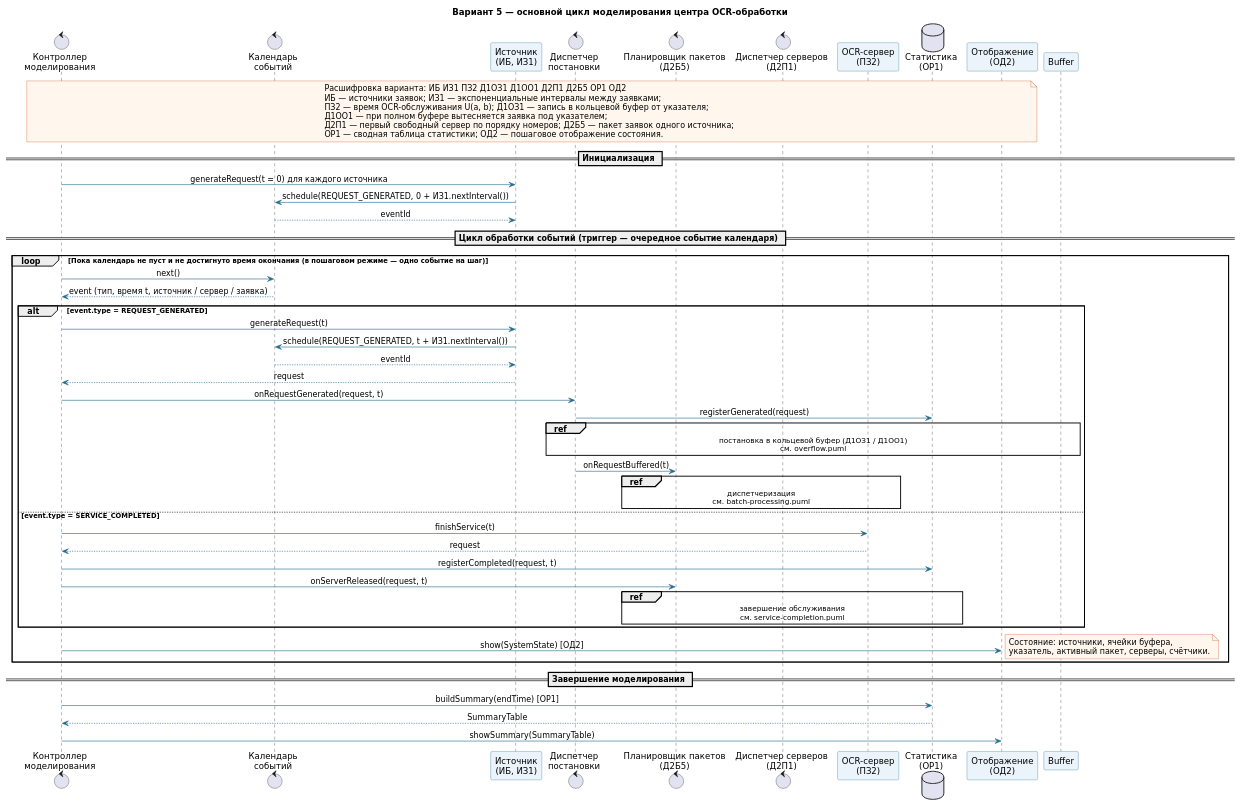
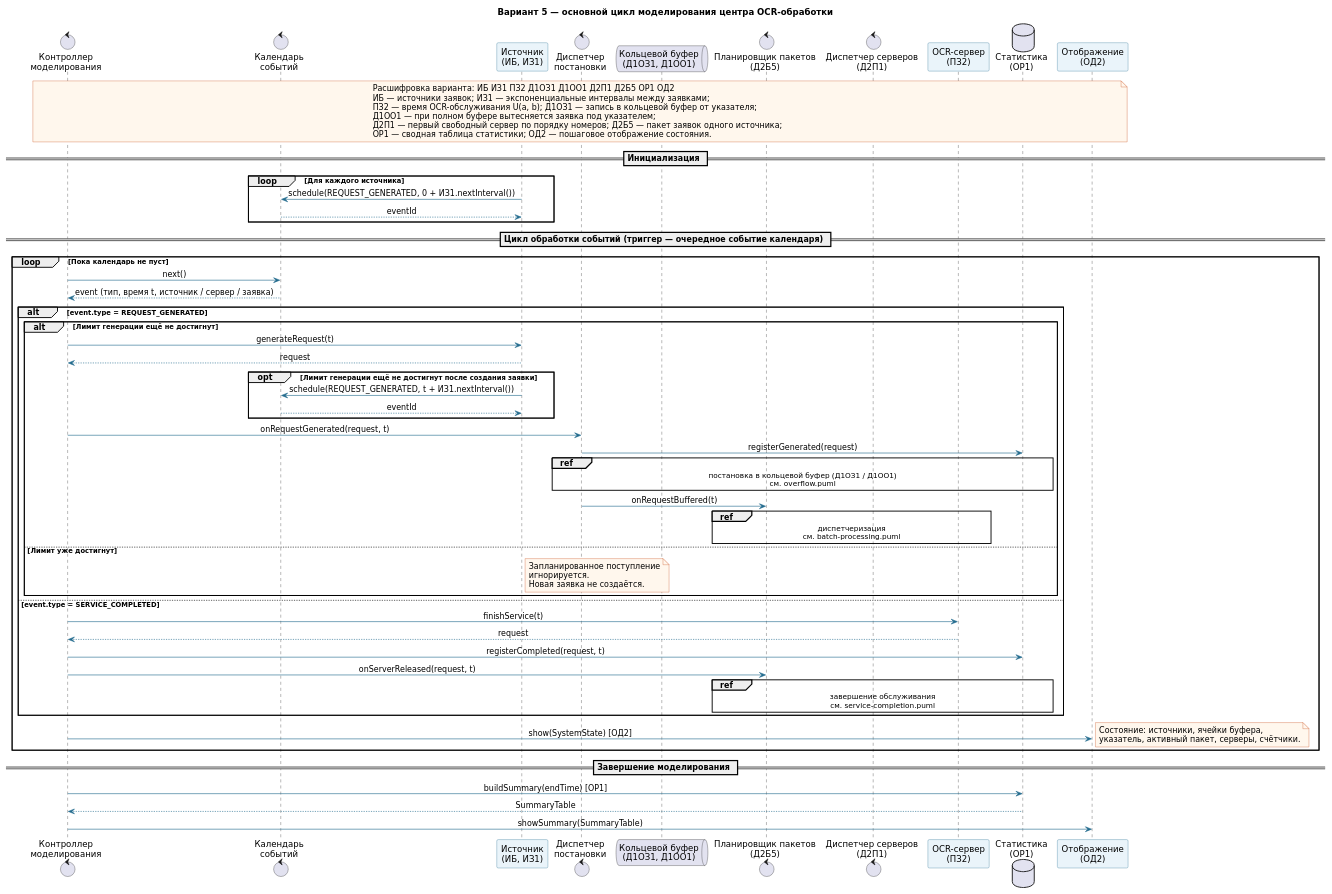
The diagram in smo-ocr-variant-5/diagrams/sequence/main-flow.puml (xanaoxx/smo-ocr-variant-5), drawn with PlantUML before and after one commit.

```diff
--- a/smo-ocr-variant-5/diagrams/sequence/main-flow.puml
+++ b/smo-ocr-variant-5/diagrams/sequence/main-flow.puml
@@ -1,70 +1,86 @@
 @startuml
 skinparam backgroundColor white
 skinparam shadowing false
 skinparam defaultFontName DejaVu Sans
 skinparam sequenceMessageAlign center
 skinparam ArrowColor #236B8E
 skinparam ParticipantBorderColor #236B8E
 skinparam ParticipantBackgroundColor #EAF4FA
 skinparam NoteBackgroundColor #FFF7ED
 skinparam NoteBorderColor #C2410C
 
 title Вариант 5 — основной цикл моделирования центра OCR-обработки
 
 control "Контроллер\nмоделирования" as Controller
 control "Календарь\nсобытий" as Calendar
 participant "Источник\n(ИБ, ИЗ1)" as Source
 control "Диспетчер\nпостановки" as Placement
+queue "Кольцевой буфер\n(Д1ОЗ1, Д1ОО1)" as Buffer
 control "Планировщик пакетов\n(Д2Б5)" as Batch
 control "Диспетчер серверов\n(Д2П1)" as ServerDispatch
 participant "OCR-сервер\n(ПЗ2)" as Worker
 database "Статистика\n(ОР1)" as Stats
 participant "Отображение\n(ОД2)" as View
 
 note over Controller, View
 Расшифровка варианта: ИБ ИЗ1 ПЗ2 Д1ОЗ1 Д1ОО1 Д2П1 Д2Б5 ОР1 ОД2
 ИБ — источники заявок; ИЗ1 — экспоненциальные интервалы между заявками;
 ПЗ2 — время OCR-обслуживания U(a, b); Д1ОЗ1 — запись в кольцевой буфер от указателя;
 Д1ОО1 — при полном буфере вытесняется заявка под указателем;
 Д2П1 — первый свободный сервер по порядку номеров; Д2Б5 — пакет заявок одного источника;
 ОР1 — сводная таблица статистики; ОД2 — пошаговое отображение состояния.
 end note
 
 == Инициализация ==
-Controller -> Source: generateRequest(t = 0) для каждого источника
-Source -> Calendar: schedule(REQUEST_GENERATED, 0 + ИЗ1.nextInterval())
-Calendar --> Source: eventId
+loop Для каждого источника
+  Source -> Calendar: schedule(REQUEST_GENERATED, 0 + ИЗ1.nextInterval())
+  Calendar --> Source: eventId
+end
 
 == Цикл обработки событий (триггер — очередное событие календаря) ==
-loop Пока календарь не пуст и не достигнуто время окончания (в пошаговом режиме — одно событие на шаг)
+loop Пока календарь не пуст
   Controller -> Calendar: next()
   Calendar --> Controller: event (тип, время t, источник / сервер / заявка)
   alt event.type = REQUEST_GENERATED
+  alt Лимит генерации ещё не достигнут
     Controller -> Source: generateRequest(t)
-    Source -> Calendar: schedule(REQUEST_GENERATED, t + ИЗ1.nextInterval())
-    Calendar --> Source: eventId
     Source --> Controller: request
+
+    opt Лимит генерации ещё не достигнут после создания заявки
+      Source -> Calendar: schedule(REQUEST_GENERATED, t + ИЗ1.nextInterval())
+      Calendar --> Source: eventId
+    end
+
     Controller -> Placement: onRequestGenerated(request, t)
     Placement -> Stats: registerGenerated(request)
     ref over Placement, Buffer, Stats: постановка в кольцевой буфер (Д1ОЗ1 / Д1ОО1)\nсм. overflow.puml
     Placement -> Batch: onRequestBuffered(t)
     ref over Batch, ServerDispatch, Worker: диспетчеризация\nсм. batch-processing.puml
-  else event.type = SERVICE_COMPLETED
-    Controller -> Worker: finishService(t)
-    Worker --> Controller: request
-    Controller -> Stats: registerCompleted(request, t)
-    Controller -> Batch: onServerReleased(request, t)
-    ref over Batch, Worker, Stats: завершение обслуживания\nсм. service-completion.puml
+
+  else Лимит уже достигнут
+    note right of Source
+      Запланированное поступление
+      игнорируется.
+      Новая заявка не создаётся.
+    end note
   end
+
+else event.type = SERVICE_COMPLETED
+  Controller -> Worker: finishService(t)
+  Worker --> Controller: request
+  Controller -> Stats: registerCompleted(request, t)
+  Controller -> Batch: onServerReleased(request, t)
+  ref over Batch, Worker, Stats: завершение обслуживания\nсм. service-completion.puml
+end
   Controller -> View: show(SystemState) [ОД2]
   note right
   Состояние: источники, ячейки буфера,
   указатель, активный пакет, серверы, счётчики.
   end note
 end
 
 == Завершение моделирования ==
 Controller -> Stats: buildSummary(endTime) [ОР1]
 Stats --> Controller: SummaryTable
 Controller -> View: showSummary(SummaryTable)
 @enduml
```
